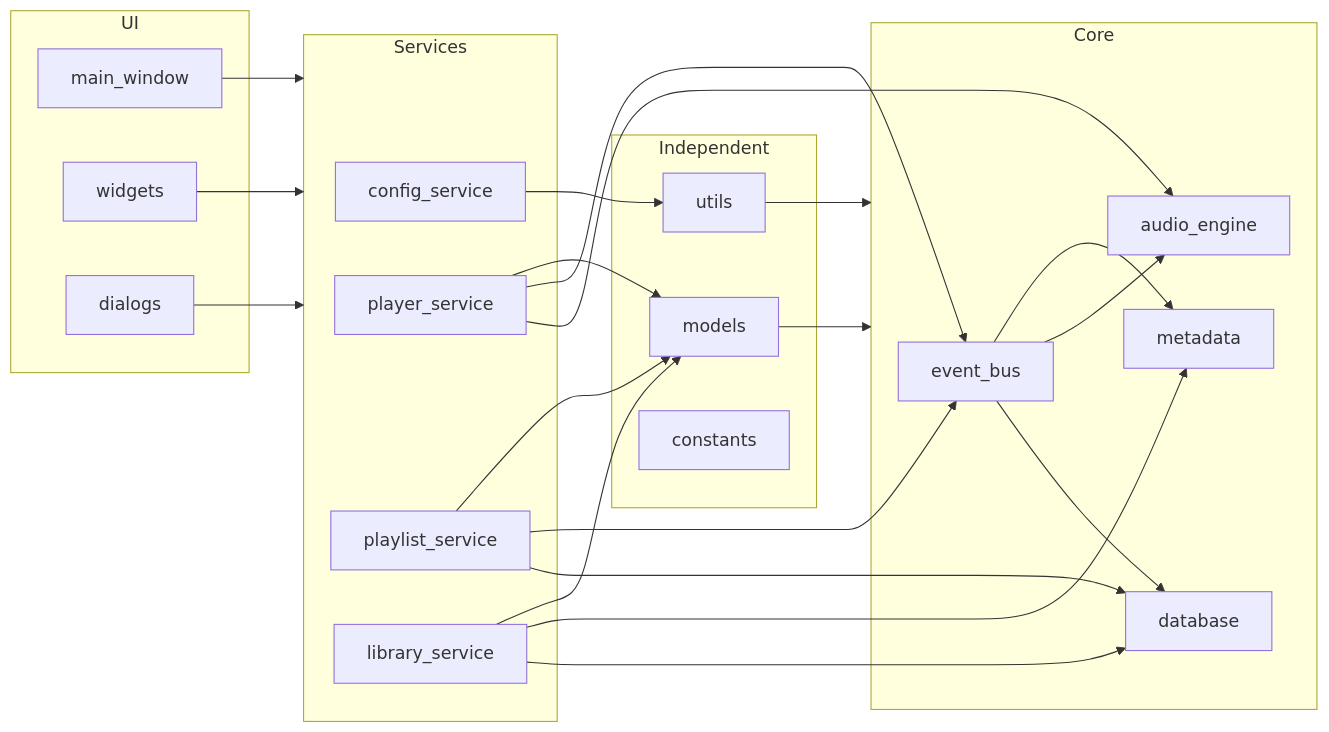
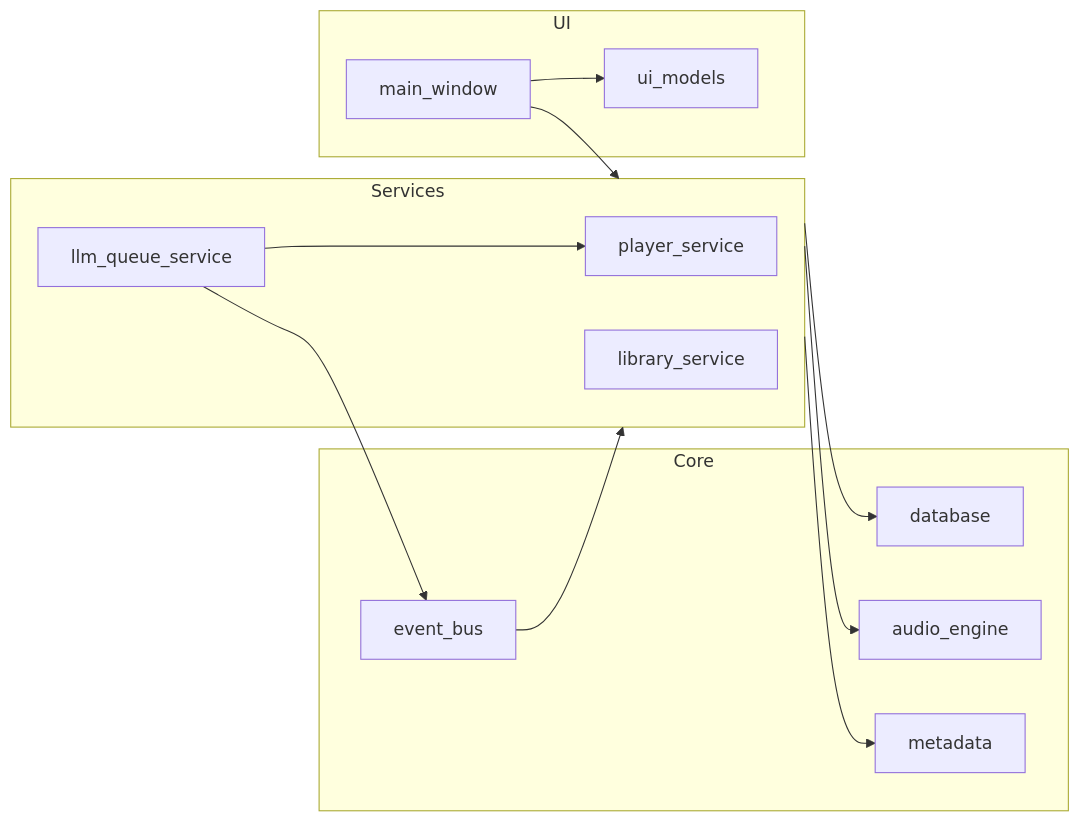
One commit to hangnum/music changed the second of 5 diagrams in docs/architecture.md. Above: the diagram before and after it, drawn with Mermaid. The commit also changed other lines of this file and 6 other files, not shown here.

Commit message:
docs: Add API, architecture, and build documentation.

````diff
--- a/docs/architecture.md
+++ b/docs/architecture.md
@@ -215,41 +170,25 @@
 ```mermaid
 graph LR
-    subgraph Independent
-        U[utils]
-        M[models]
-        C[constants]
-    end
-    
     subgraph Core
         EB[event_bus]
         DB[database]
         AE[audio_engine]
         MD[metadata]
     end
     
     subgraph Services
-        CS[config_service]
         PS[player_service]
-        PLS[playlist_service]
         LBS[library_service]
+        LLM[llm_queue_service]
     end
     
     subgraph UI
         MW[main_window]
-        W[widgets]
-        D[dialogs]
+        UM[ui_models]
     end
     
-    U --> Core
-    M --> Core
-    EB --> DB & AE & MD
-    
-    CS --> U
-    PS --> AE & EB & M
-    PLS --> DB & EB & M
-    LBS --> DB & MD & M
-    
-    MW --> Services
-    W --> Services
-    D --> Services
+    EB --> Services
+    Services --> AE & DB & MD
+    LLM --> PS & EB
+    MW --> Services & UM
 ```
````
